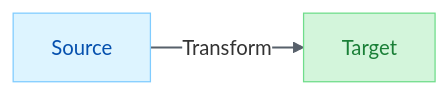
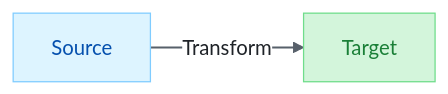
Before and after one commit to fabioc-aloha/AIRS_Data_Analysis: the diagram in .github/skills/markdown-mermaid/SKILL.md, drawn with Mermaid. The commit also changed other lines of this file and 691 other files, not shown here.

First line of the commit message:
chore: upgrade Alex architecture v6.6.0 → v8.0.0

````diff
--- a/.github/skills/markdown-mermaid/SKILL.md
+++ b/.github/skills/markdown-mermaid/SKILL.md
@@ -547,10 +592,10 @@
 ```mermaid
-%%{init: {'theme': 'base', 'themeVariables': { 'primaryColor': '#cce5ff', 'primaryTextColor': '#333', 'lineColor': '#666', 'edgeLabelBackground': '#ffffff'}}}%%
+%%{init: {'theme': 'base', 'themeVariables': {'lineColor': '#57606a', 'primaryColor': '#ddf4ff', 'primaryBorderColor': '#0969da', 'primaryTextColor': '#1f2328', 'edgeLabelBackground': '#ffffff'}}}%%
 flowchart LR
-    A[Source] --> |Transform| B[Target]
-    
-    style A fill:#ddf4ff,color:#0550ae,stroke:#80ccff
-    style B fill:#d3f5db,color:#1a7f37,stroke:#6fdd8b
-    
+    A[Source]:::blue -->|Transform| B[Target]:::green
+
+    classDef blue fill:#ddf4ff,color:#0550ae,stroke:#80ccff
+    classDef green fill:#d3f5db,color:#1a7f37,stroke:#6fdd8b
+
     linkStyle default stroke:#57606a,stroke-width:1.5px
 ```
````
